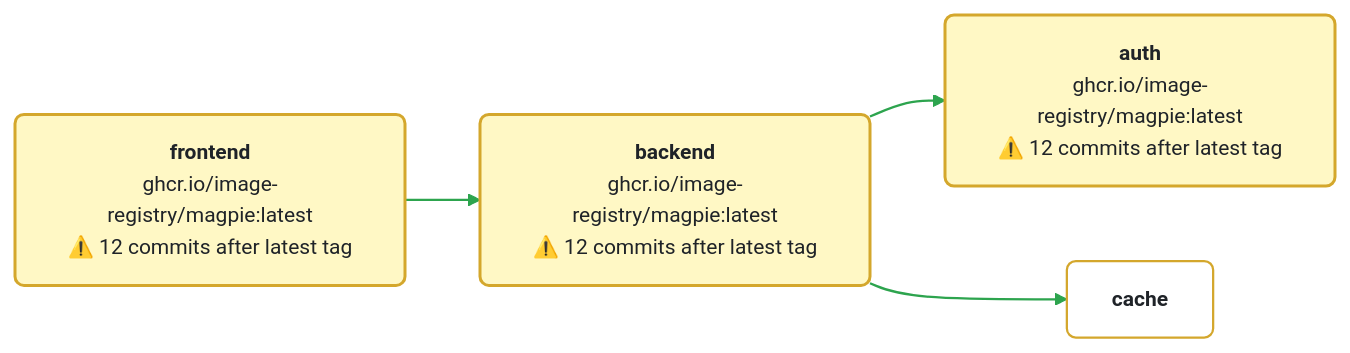
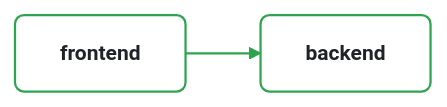
Before and after one commit to nithyatsu/prototype-enhanced: the diagram in README.md, drawn with Mermaid. The commit also changed other lines of this file and 1 other file, not shown here.

Commit message:
docs: update architecture diagram [automated]

````diff
--- a/README.md
+++ b/README.md
@@ -23,24 +24,13 @@
 ```mermaid
 %%{ init: { 'theme': 'base', 'themeVariables': { 'primaryColor': '#ffffff', 'primaryTextColor': '#1f2328', 'primaryBorderColor': '#d1d9e0', 'lineColor': '#2da44e', 'secondaryColor': '#f6f8fa', 'tertiaryColor': '#ffffff', 'background': '#ffffff', 'mainBkg': '#ffffff', 'nodeBorder': '#d1d9e0', 'clusterBkg': '#f6f8fa', 'clusterBorder': '#d1d9e0', 'fontSize': '14px', 'fontFamily': '-apple-system, BlinkMacSystemFont, Segoe UI, Noto Sans, Helvetica, Arial, sans-serif' } } }%%
 graph LR
     classDef container fill:#ffffff,stroke:#2da44e,stroke-width:1.5px,color:#1f2328,rx:6,ry:6
-    classDef stale fill:#fff8c5,stroke:#d4a72c,stroke-width:2px,color:#1f2328,rx:6,ry:6
     classDef datastore fill:#ffffff,stroke:#d4a72c,stroke-width:1.5px,color:#1f2328,rx:6,ry:6
     classDef other fill:#ffffff,stroke:#d1d9e0,stroke-width:1.5px,color:#1f2328,rx:6,ry:6
-    frontend["<b>frontend</b><br/><span style='color:#656d76'>ghcr.io/image-registry/magpie:latest</span><br/><span style='color:#d4a72c'>⚠️ 12 commits after latest tag</span>"]:::stale
-    backend["<b>backend</b><br/><span style='color:#656d76'>ghcr.io/image-registry/magpie:latest</span><br/><span style='color:#d4a72c'>⚠️ 12 commits after latest tag</span>"]:::stale
-    auth["<b>auth</b><br/><span style='color:#656d76'>ghcr.io/image-registry/magpie:latest</span><br/><span style='color:#d4a72c'>⚠️ 12 commits after latest tag</span>"]:::stale
-    cache["<b>cache</b>"]:::datastore
+    backend["<b>backend</b>"]:::container
+    frontend["<b>frontend</b>"]:::container
     frontend --> backend
-    backend --> auth
-    backend --> cache
-    click frontend href "https://github.com/nithyatsu/prototype-enhanced/blob/main/app.bicep#L23" "frontend — app.bicep:23" _blank
-    click backend href "https://github.com/nithyatsu/prototype-enhanced/blob/main/app.bicep#L50" "backend — app.bicep:50" _blank
-    click auth href "https://github.com/nithyatsu/prototype-enhanced/blob/main/app.bicep#L82" "auth — app.bicep:82" _blank
-    click cache href "https://github.com/nithyatsu/prototype-enhanced/blob/main/app.bicep#L100" "cache — app.bicep:100" _blank
     click backend href "https://github.com/nithyatsu/prototype-enhanced/blob/main/app.bicep#L50" "app.bicep:50" _blank
     click frontend href "https://github.com/nithyatsu/prototype-enhanced/blob/main/app.bicep#L23" "app.bicep:23" _blank
     linkStyle 0 stroke:#2da44e,stroke-width:1.5px
-    linkStyle 1 stroke:#2da44e,stroke-width:1.5px
-    linkStyle 2 stroke:#2da44e,stroke-width:1.5px
 ```
````
